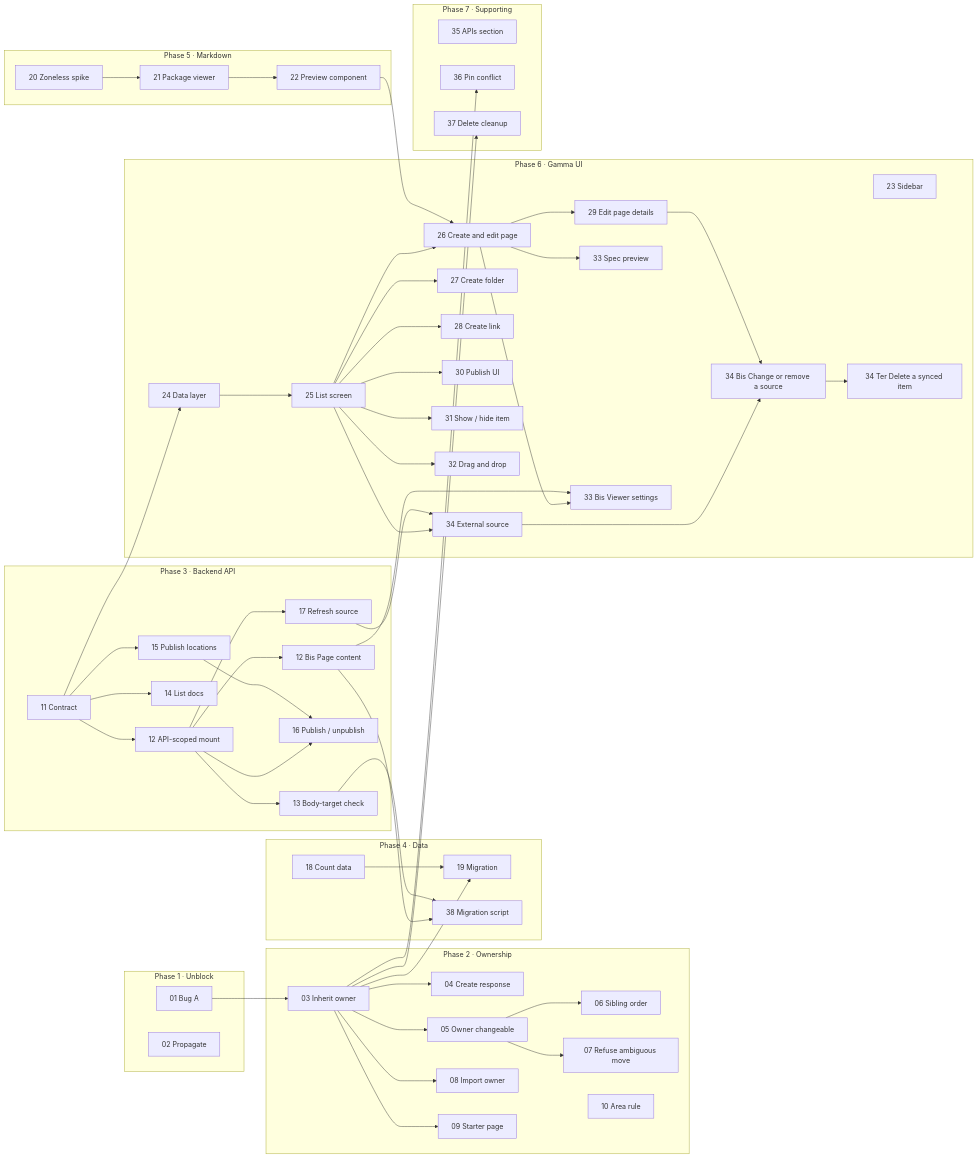
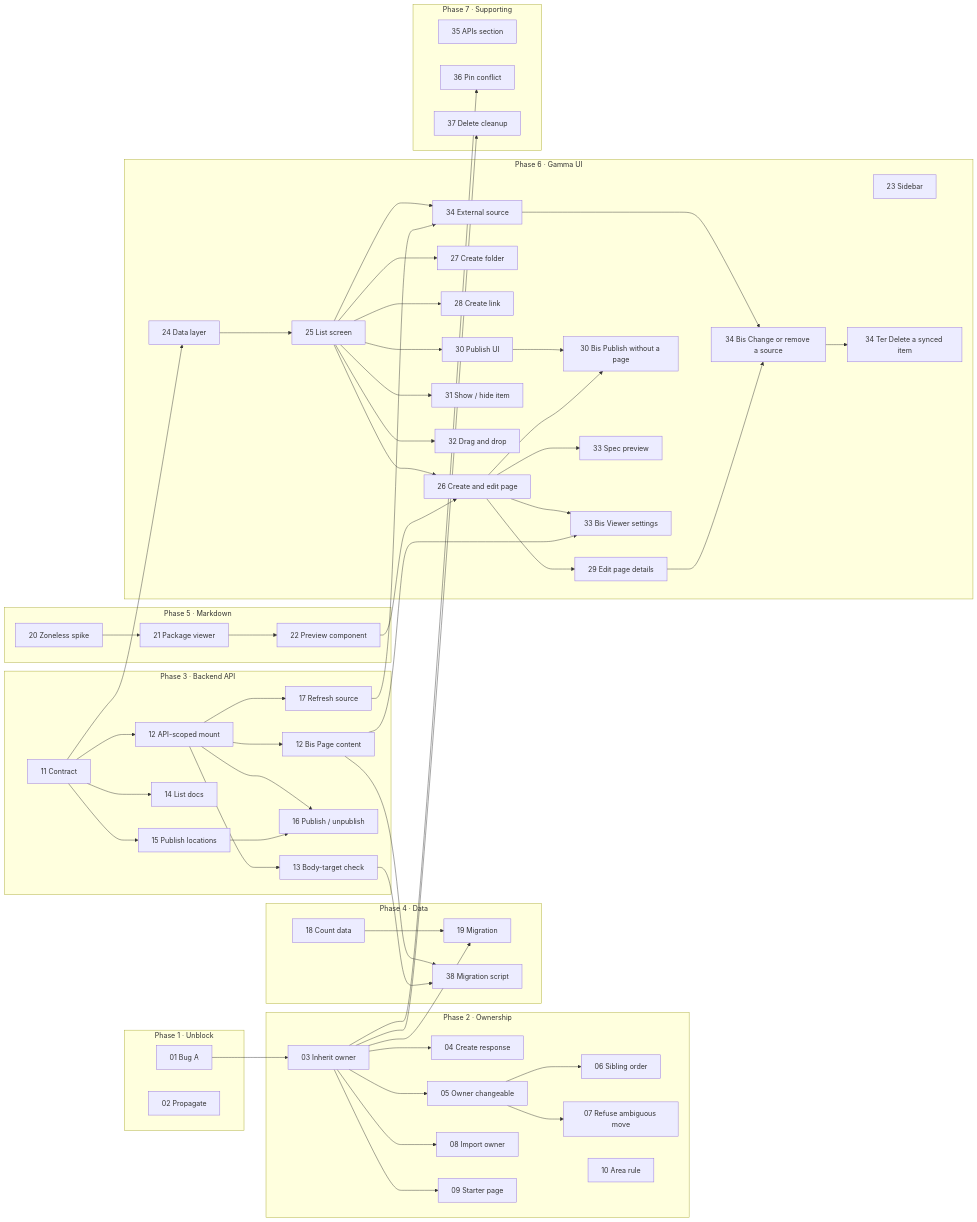
One commit to gravitee-io/gravitee-api-management changed the third of 3 diagrams in plans/PLAN.md. Above: the diagram before and after it, drawn with Mermaid. The commit also changed other lines of this file, not shown here.

First line of the commit message:
docs: add STORY-30 Bis, asking for a page before publishing an API that has none, to the API docs plan

```diff
--- a/plans/PLAN.md
+++ b/plans/PLAN.md
@@ -1551,6 +1586,7 @@
         S28["28 Create link"]
         S29["29 Edit page details"]
         S30["30 Publish UI"]
+        S30B["30 Bis Publish without a page"]
         S31["31 Show / hide item"]
         S32["32 Drag and drop"]
         S33["33 Spec preview"]
@@ -1596,6 +1632,8 @@
     S22 --> S26
     S26 --> S29
     S25 --> S30
+    S30 --> S30B
+    S26 --> S30B
     S25 --> S31
     S25 --> S32
     S26 --> S33
```
